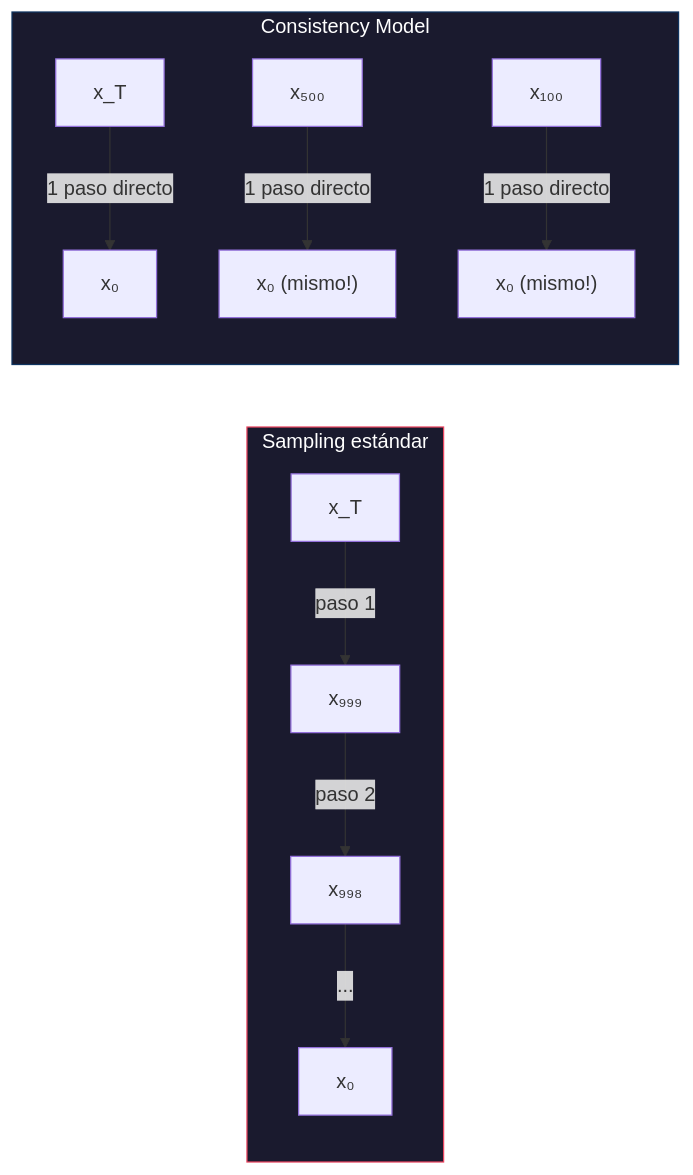
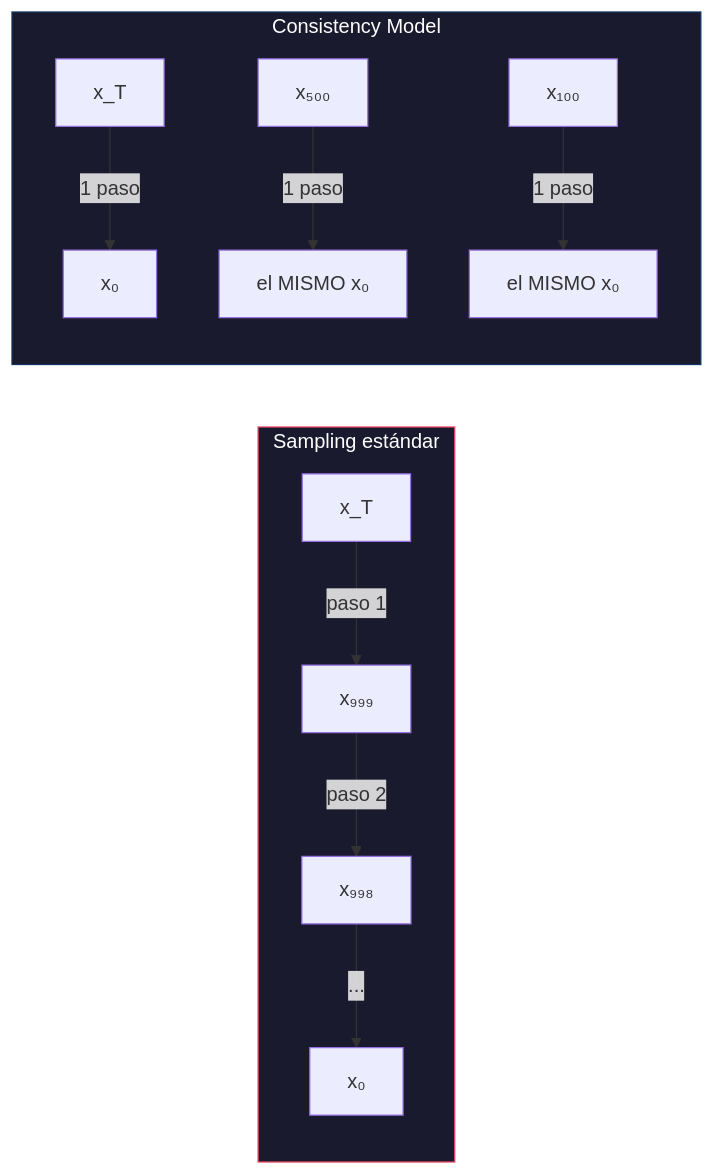
One commit to DavidDevGt/DifusionReal changed the second of 4 diagrams in 10-distillation/README.md. Above: the diagram before and after it, drawn with Mermaid. The commit also changed other lines of this file, not shown here.

````diff
--- a/10-distillation/README.md
+++ b/10-distillation/README.md
@@ -80,17 +124,17 @@
 ```mermaid
 graph LR
     subgraph Standard ["Sampling estándar"]
         S_T["x_T"] -->|"paso 1"| S_999["x₉₉₉"]
         S_999 -->|"paso 2"| S_998["x₉₉₈"]
         S_998 -->|"..."| S_0["x₀"]
     end
 
     subgraph Consistency ["Consistency Model"]
-        C_T["x_T"] -->|"1 paso directo"| C_0["x₀"]
-        C_500["x₅₀₀"] -->|"1 paso directo"| C_0b["x₀ (mismo!)"]
-        C_100["x₁₀₀"] -->|"1 paso directo"| C_0c["x₀ (mismo!)"]
+        C_T["x_T"] -->|"1 paso"| C_0["x₀"]
+        C_500["x₅₀₀"] -->|"1 paso"| C_0b["el MISMO x₀"]
+        C_100["x₁₀₀"] -->|"1 paso"| C_0c["el MISMO x₀"]
     end
 
     style Standard fill:#1a1a2e,stroke:#e94560,color:#fff
     style Consistency fill:#1a1a2e,stroke:#0f3460,color:#fff
 ```
````
